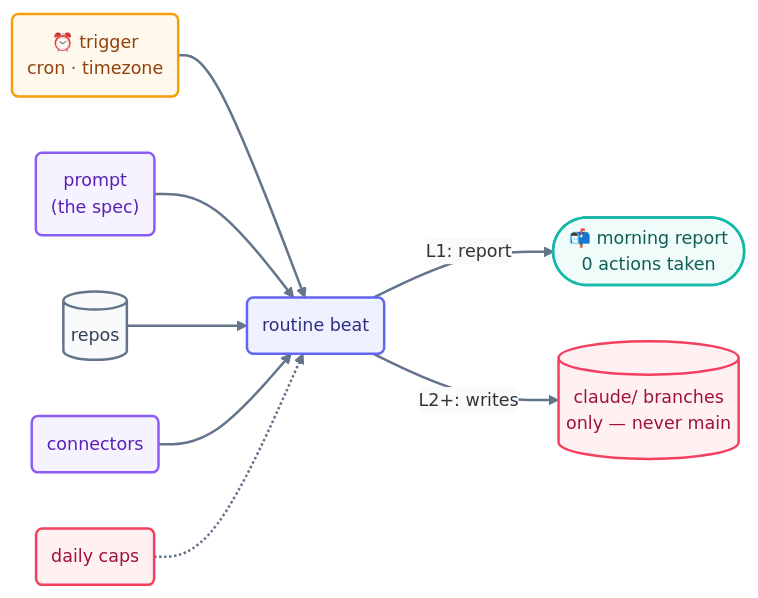
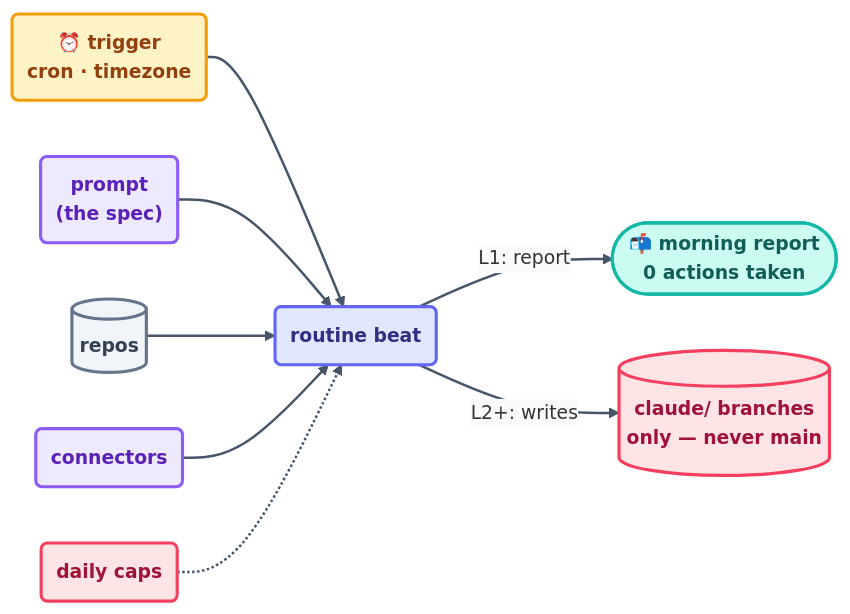
One commit to ayeshakhalid192007-dev/LoopEngineering-CrashCourse changed the diagram in docs/04-part-2-heartbeat/06-unattended-schedules.md. Above: the diagram before and after it, drawn with Mermaid. The commit also changed 66 other files, not shown here.

First line of the commit message:
docs(diagrams): visibly bolder pass — deeper fills, heavier strokes, semibold labels

````diff
--- a/docs/04-part-2-heartbeat/06-unattended-schedules.md
+++ b/docs/04-part-2-heartbeat/06-unattended-schedules.md
@@ -35,18 +35,18 @@
 ```mermaid
-%%{init: {'theme':'base','themeVariables':{'fontFamily':'ui-sans-serif, system-ui, sans-serif','fontSize':'14px','lineColor':'#64748b','edgeLabelBackground':'#f8fafc'},'flowchart':{'curve':'basis','nodeSpacing':45,'rankSpacing':55,'padding':12}}}%%
+%%{init: {'theme':'base','themeVariables':{'fontFamily':'ui-sans-serif, system-ui, sans-serif','fontSize':'15px','lineColor':'#475569','edgeLabelBackground':'#f8fafc'},'flowchart':{'curve':'basis','nodeSpacing':45,'rankSpacing':55,'padding':12}}}%%
 flowchart LR
     TR("⏰ trigger<br/>cron · timezone"):::time --> RT("routine beat"):::beat
     P("prompt<br/>(the spec)"):::cfg --> RT
     R[("repos")]:::file --> RT
     C("connectors"):::cfg --> RT
     RT -->|"L1: report"| OUT(["📬 morning report<br/>0 actions taken"]):::win
     RT -->|"L2+: writes"| BR[("claude/ branches<br/>only — never main")]:::limit
     CAP("daily caps"):::limit -.-> RT
-    linkStyle default stroke:#64748b,stroke-width:2px;
-    classDef time fill:#fef9ec,stroke:#f59e0b,stroke-width:2px,color:#92400e;
-    classDef beat fill:#eef2ff,stroke:#6366f1,stroke-width:2px,color:#312e81;
-    classDef cfg fill:#f5f3ff,stroke:#8b5cf6,stroke-width:2px,color:#5b21b6;
-    classDef file fill:#f8fafc,stroke:#64748b,stroke-width:2px,color:#334155;
-    classDef limit fill:#fff1f2,stroke:#f43f5e,stroke-width:2px,color:#9f1239;
-    classDef win fill:#effcf9,stroke:#14b8a6,stroke-width:2px,color:#115e59;
+    linkStyle default stroke:#475569,stroke-width:2px;
+    classDef time fill:#fef3c7,stroke:#f59e0b,stroke-width:2.5px,color:#92400e,font-weight:600;
+    classDef beat fill:#e0e7ff,stroke:#6366f1,stroke-width:2.5px,color:#312e81,font-weight:600;
+    classDef cfg fill:#ede9fe,stroke:#8b5cf6,stroke-width:2.5px,color:#5b21b6,font-weight:600;
+    classDef file fill:#f1f5f9,stroke:#64748b,stroke-width:2.5px,color:#334155,font-weight:600;
+    classDef limit fill:#ffe4e6,stroke:#f43f5e,stroke-width:2.5px,color:#9f1239,font-weight:600;
+    classDef win fill:#ccfbf1,stroke:#14b8a6,stroke-width:2.5px,color:#115e59,font-weight:600;
 ```
````
